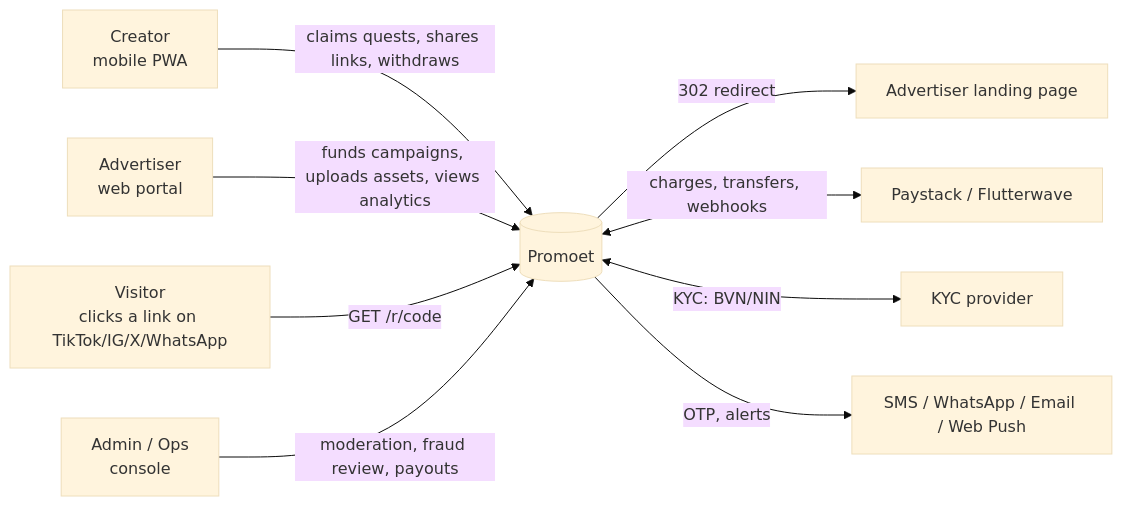
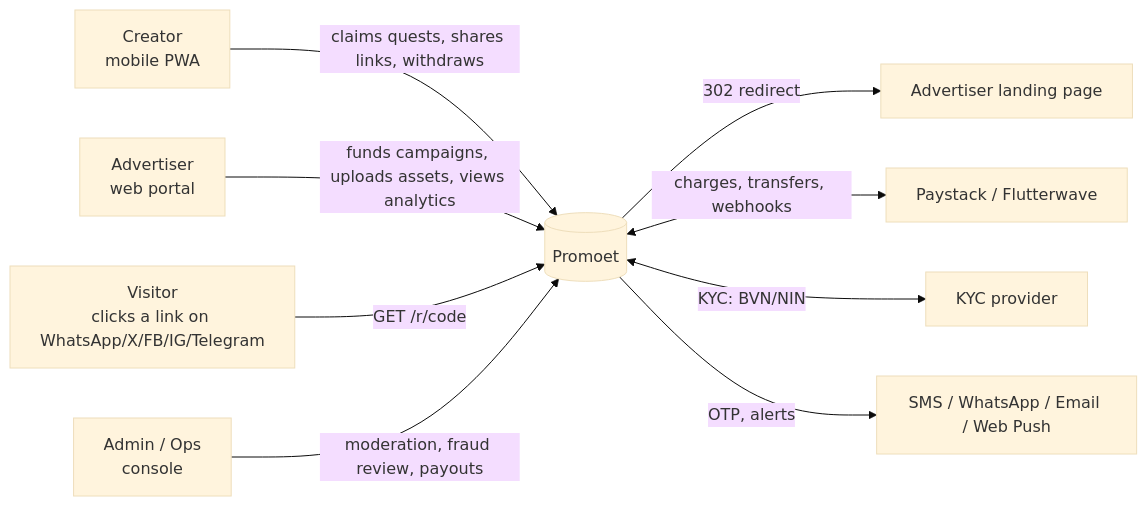
One commit to travellertope/hypepromo changed the first of 4 diagrams in docs/ARCHITECTURE.md. Above: the diagram before and after it, drawn with Mermaid (base theme). The commit also changed other lines of this file and 1 other file, not shown here.

First line of the commit message:
Plan: set launch platforms (WhatsApp Status, X, Facebook, IG Stories, IG bio, Telegram)

````diff
--- a/docs/ARCHITECTURE.md
+++ b/docs/ARCHITECTURE.md
@@ -40,11 +41,11 @@
 ```mermaid
 flowchart LR
   C[Creator<br/>mobile PWA] -->|claims quests, shares links, withdraws| PM[(Promoet)]
   A[Advertiser<br/>web portal] -->|funds campaigns, uploads assets, views analytics| PM
-  V[Visitor<br/>clicks a link on TikTok/IG/X/WhatsApp] -->|GET /r/code| PM
+  V[Visitor<br/>clicks a link on WhatsApp/X/FB/IG/Telegram] -->|GET /r/code| PM
   OPS[Admin / Ops<br/>console] -->|moderation, fraud review, payouts| PM
   PM -->|302 redirect| LP[Advertiser landing page]
   PM <-->|charges, transfers, webhooks| PSP[Paystack / Flutterwave]
   PM <-->|KYC: BVN/NIN| KYC[KYC provider]
   PM -->|OTP, alerts| MSG[SMS / WhatsApp / Email / Web Push]
 ```
````
